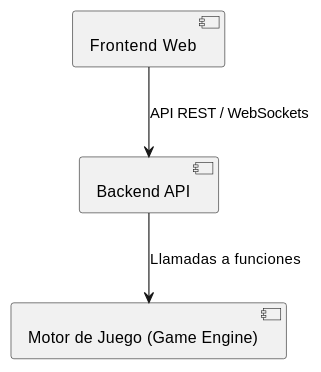
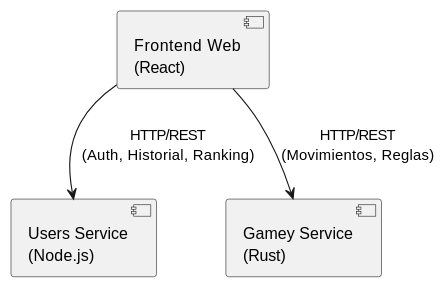
The second of 4 diagrams in docs/src/05_building_block_view.adoc (Arquisoft/yovi_es2a), drawn with PlantUML before and after one commit. The commit also changed other lines of this file and 2 other files, not shown here.

```diff
--- a/docs/src/05_building_block_view.adoc
+++ b/docs/src/05_building_block_view.adoc
@@ -70,11 +68,11 @@
 [plantuml, target=diagrama-contenedores, format=svg]
 ....
 @startuml
-component "Frontend Web" as Front
-component "Backend API" as Back
-component "Motor de Juego (Game Engine)" as Engine
+component "Frontend Web\n(React)" as Front
+component "Users Service\n(Node.js)" as Users
+component "Gamey Service\n(Rust)" as Engine
 
-Front --> Back : API REST / WebSockets
-Back --> Engine : Llamadas a funciones
+Front --> Users : HTTP/REST\n(Auth, Historial, Ranking)
+Front --> Engine : HTTP/REST\n(Movimientos, Reglas)
 @enduml
 ....
```
